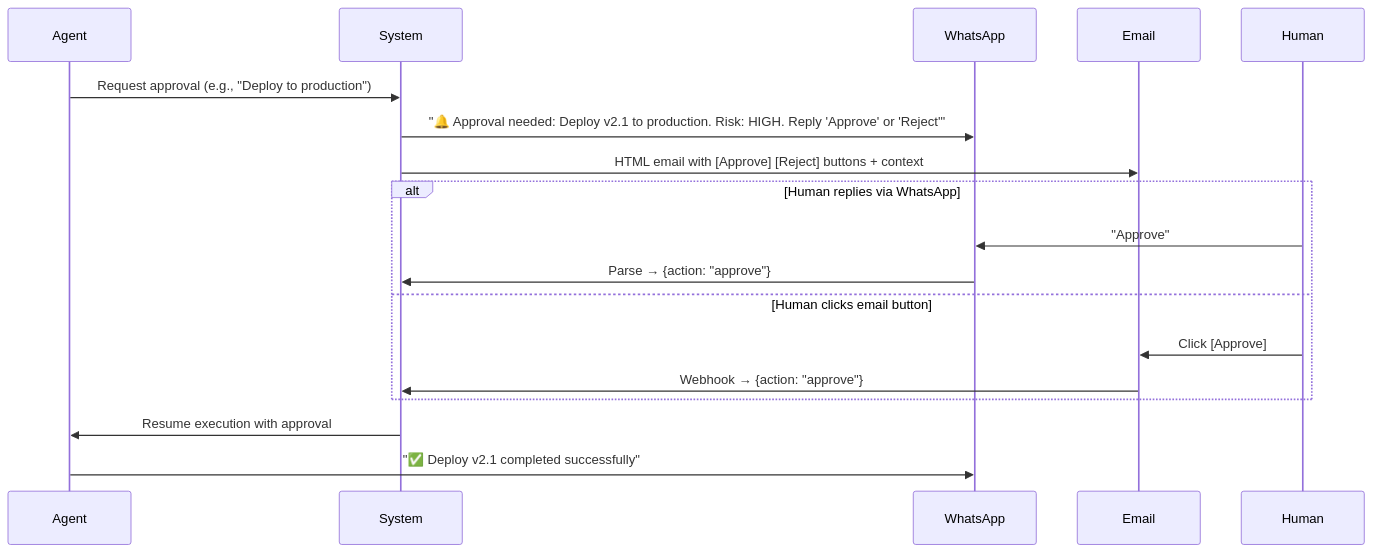
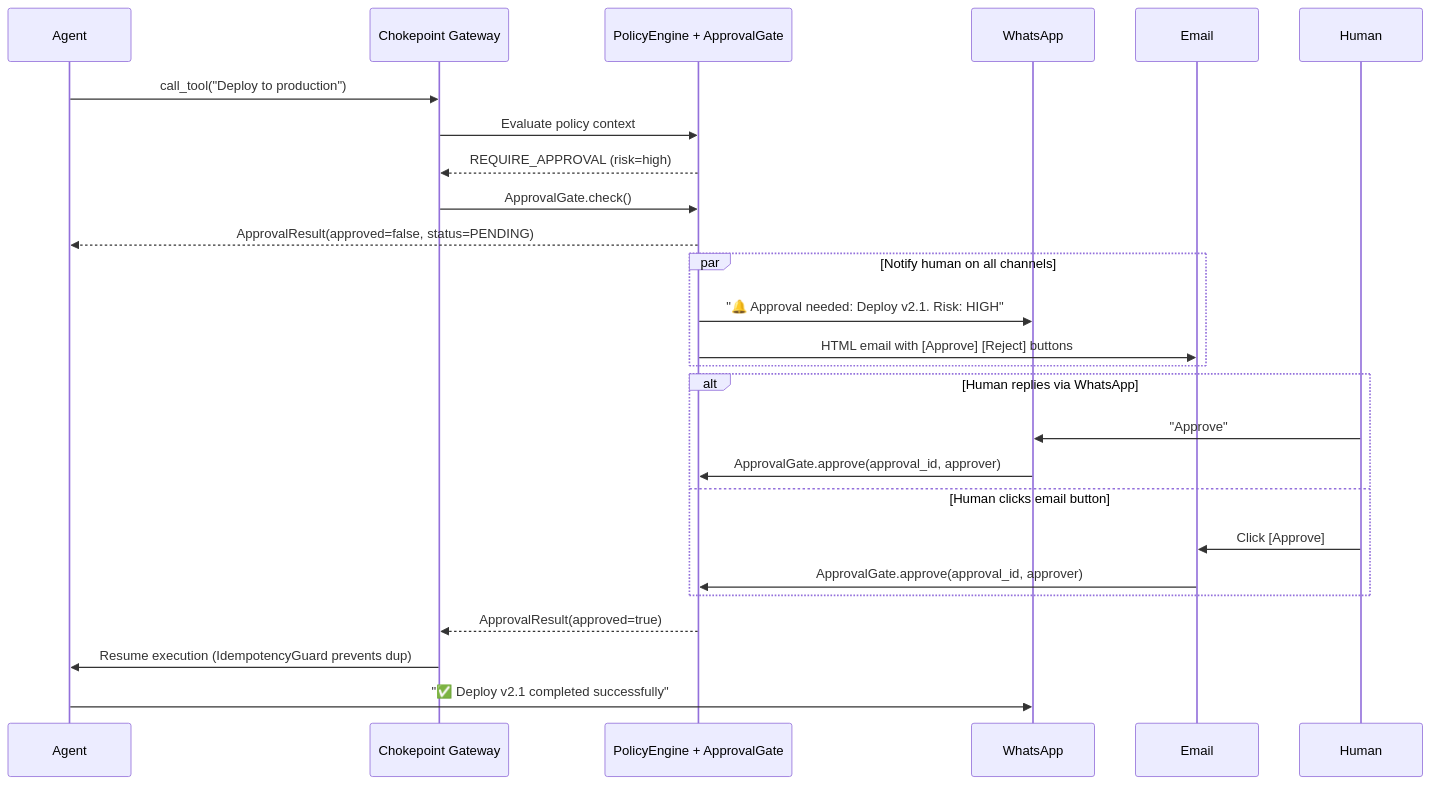
One commit to ahmadsarifudin-algo/company_AI changed the fourth of 7 diagrams in HUMAN_AGENT_SYSTEM.md. Above: the diagram before and after it, drawn with Mermaid. The commit also changed other lines of this file and 99 other files, not shown here.

First line of the commit message:
feat: user registration with admin-driven invite flow

````diff
--- a/HUMAN_AGENT_SYSTEM.md
+++ b/HUMAN_AGENT_SYSTEM.md
@@ -182,23 +186,32 @@
 ```mermaid
 sequenceDiagram
     participant A as Agent
-    participant S as System
+    participant GW as Chokepoint Gateway
+    participant PE as PolicyEngine + ApprovalGate
     participant WA as WhatsApp
     participant EM as Email
     participant H as Human
 
-    A->>S: Request approval (e.g., "Deploy to production")
-    S->>WA: "🔔 Approval needed: Deploy v2.1 to production. Risk: HIGH. Reply 'Approve' or 'Reject'"
-    S->>EM: HTML email with [Approve] [Reject] buttons + context
+    A->>GW: call_tool("Deploy to production")
+    GW->>PE: Evaluate policy context
+    PE-->>GW: REQUIRE_APPROVAL (risk=high)
+    GW->>PE: ApprovalGate.check()
+    PE-->>A: ApprovalResult(approved=false, status=PENDING)
+
+    par Notify human on all channels
+        PE->>WA: "🔔 Approval needed: Deploy v2.1. Risk: HIGH"
+        PE->>EM: HTML email with [Approve] [Reject] buttons
+    end
     
     alt Human replies via WhatsApp
         H->>WA: "Approve"
-        WA->>S: Parse → {action: "approve"}
+        WA->>PE: ApprovalGate.approve(approval_id, approver)
     else Human clicks email button
         H->>EM: Click [Approve]
-        EM->>S: Webhook → {action: "approve"}
+        EM->>PE: ApprovalGate.approve(approval_id, approver)
     end
     
-    S->>A: Resume execution with approval
+    PE-->>GW: ApprovalResult(approved=true)
+    GW->>A: Resume execution (IdempotencyGuard prevents dup)
     A->>WA: "✅ Deploy v2.1 completed successfully"
 ```
````
